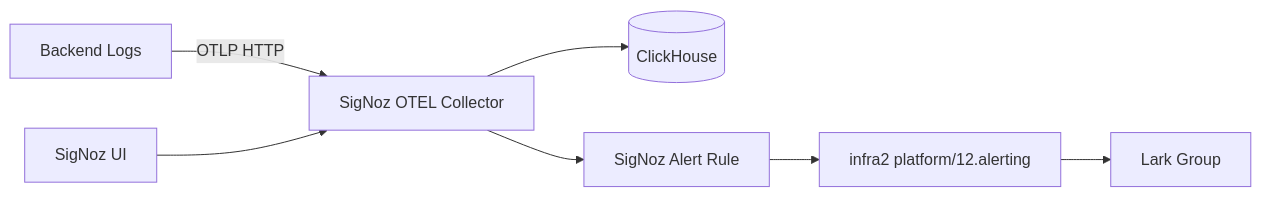
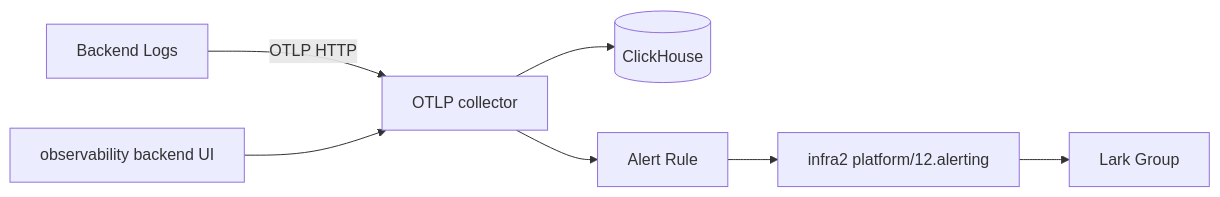
The diagram in docs/ssot/observability.md (wangzitian0/finance_report), drawn with Mermaid before and after one commit. The commit also changed other lines of this file and 45 other files, not shown here.

````diff
--- a/docs/ssot/observability.md
+++ b/docs/ssot/observability.md
@@ -48,9 +48,9 @@
 ```mermaid
 flowchart LR
-    Backend[Backend Logs] -->|OTLP HTTP| Collector[SigNoz OTEL Collector]
+    Backend[Backend Logs] -->|OTLP HTTP| Collector[OTLP collector]
     Collector --> ClickHouse[(ClickHouse)]
-    UI[SigNoz UI] --> Collector
-    Collector --> Alerts[SigNoz Alert Rule]
+    UI[observability backend UI] --> Collector
+    Collector --> Alerts[Alert Rule]
     Alerts --> Bridge[infra2 platform/12.alerting]
     Bridge --> Lark[Lark Group]
 ```
````
